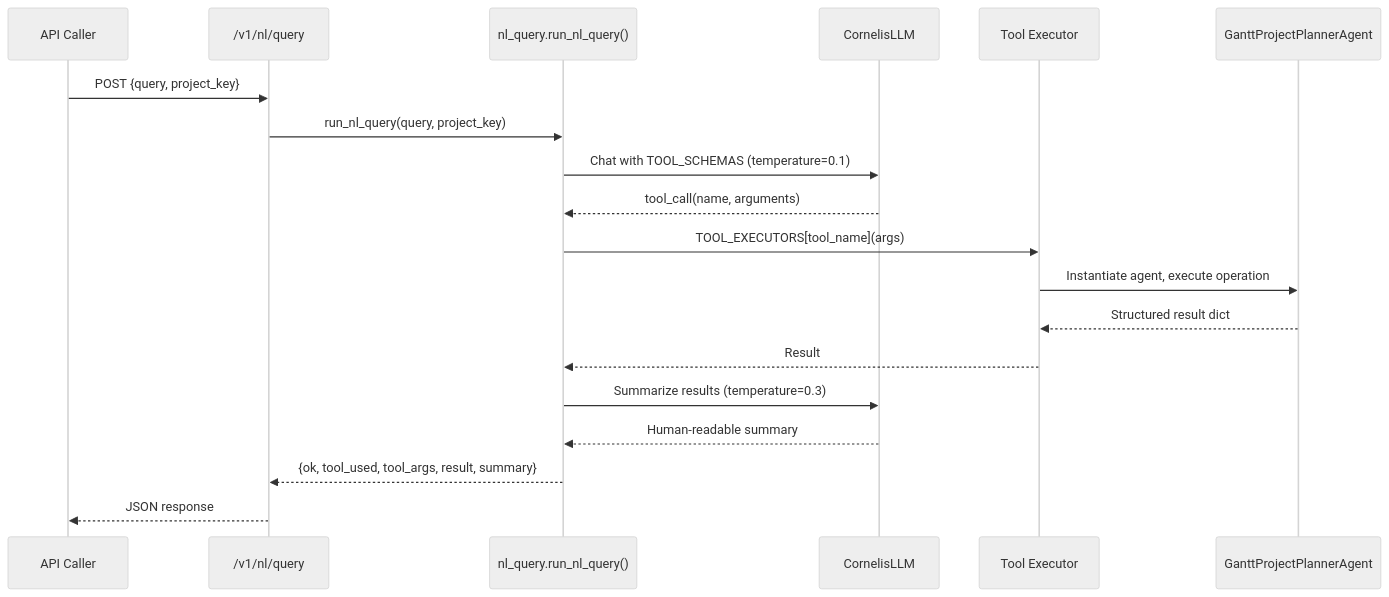
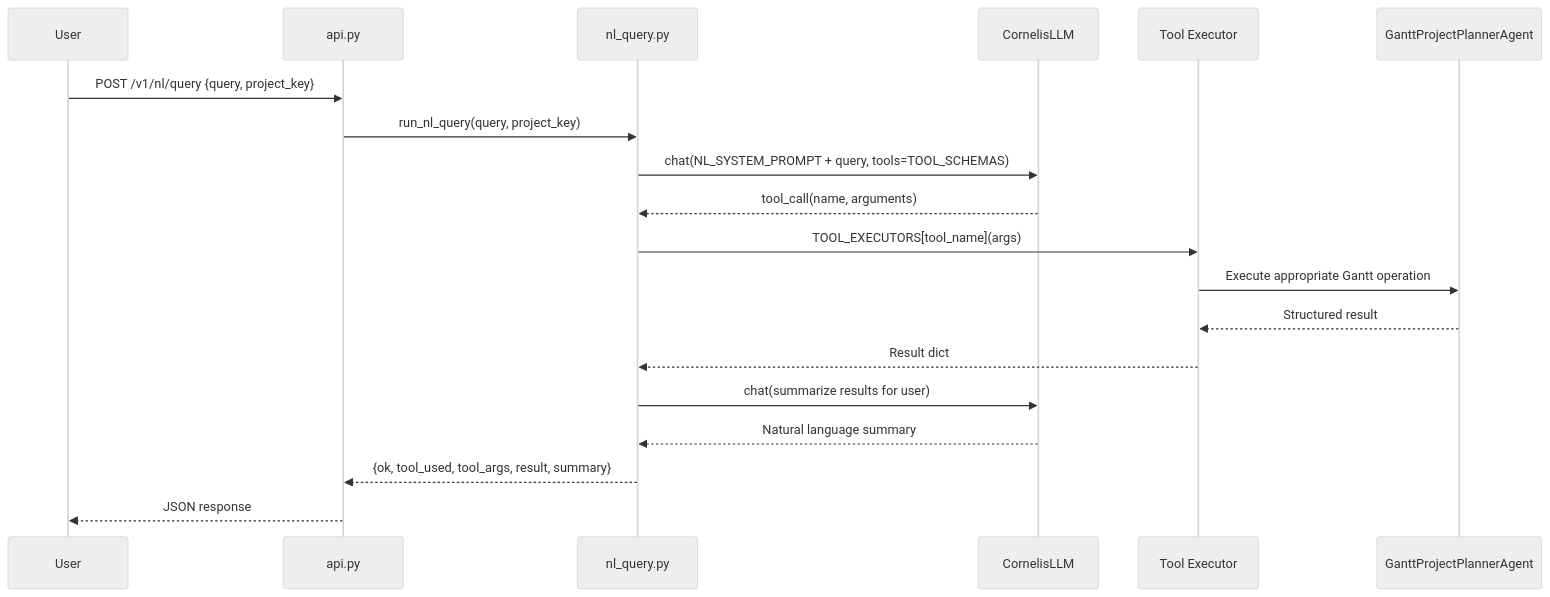
Before and after one commit to jmac-cornelis/agent-workforce: the fourth of 4 diagrams in docs/agents-gantt.md, drawn with Mermaid (neutral theme). The commit also changed other lines of this file and 7 other files, not shown here.

````diff
--- a/docs/agents-gantt.md
+++ b/docs/agents-gantt.md
@@ -148,22 +149,22 @@
 ```mermaid
 sequenceDiagram
-    participant User as API Caller
-    participant API as /v1/nl/query
-    participant NL as nl_query.run_nl_query()
+    participant User
+    participant API as api.py
+    participant NL as nl_query.py
     participant LLM as CornelisLLM
     participant Executor as Tool Executor
     participant Agent as GanttProjectPlannerAgent
 
-    User->>API: POST {query, project_key}
+    User->>API: POST /v1/nl/query {query, project_key}
     API->>NL: run_nl_query(query, project_key)
-    NL->>LLM: Chat with TOOL_SCHEMAS (temperature=0.1)
+    NL->>LLM: chat(NL_SYSTEM_PROMPT + query, tools=TOOL_SCHEMAS)
     LLM-->>NL: tool_call(name, arguments)
     NL->>Executor: TOOL_EXECUTORS[tool_name](args)
-    Executor->>Agent: Instantiate agent, execute operation
-    Agent-->>Executor: Structured result dict
-    Executor-->>NL: Result
-    NL->>LLM: Summarize results (temperature=0.3)
-    LLM-->>NL: Human-readable summary
+    Executor->>Agent: Execute appropriate Gantt operation
+    Agent-->>Executor: Structured result
+    Executor-->>NL: Result dict
+    NL->>LLM: chat(summarize results for user)
+    LLM-->>NL: Natural language summary
     NL-->>API: {ok, tool_used, tool_args, result, summary}
     API-->>User: JSON response
 ```
````
